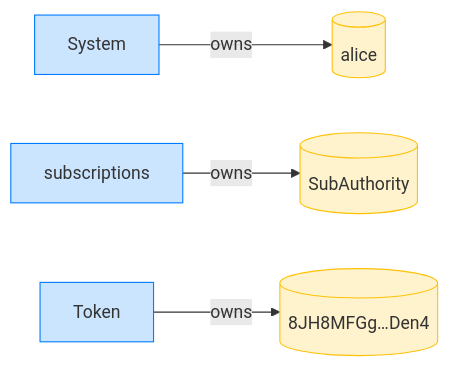
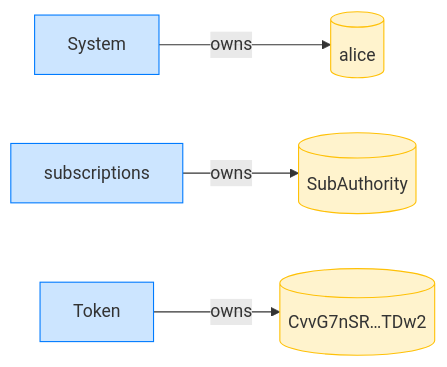
One commit to cds-rs/subscriptions changed the fourth of 4 diagrams in dsl_tests/create-fixed-delegation--writable-accounts-must-be-writable.md. Above: the diagram before and after it, drawn with Mermaid. The commit also changed other lines of this file and 224 other files, not shown here.

````diff
--- a/dsl_tests/create-fixed-delegation--writable-accounts-must-be-writable.md
+++ b/dsl_tests/create-fixed-delegation--writable-accounts-must-be-writable.md
@@ -71,14 +76,14 @@
 ```mermaid
 flowchart LR
     classDef owner fill:#cce5ff,stroke:#007bff;
     classDef account fill:#fff3cd,stroke:#ffc107;
     System[System]:::owner
     alice[(alice)]:::account
     subscriptions[subscriptions]:::owner
     SubAuthority[(SubAuthority)]:::account
     Token[Token]:::owner
-    8JH8MFGg_Den4[("8JH8MFGg…Den4")]:::account
+    CvvG7nSR_TDw2[("CvvG7nSR…TDw2")]:::account
     System -->|owns| alice
     subscriptions -->|owns| SubAuthority
-    Token -->|owns| 8JH8MFGg_Den4
+    Token -->|owns| CvvG7nSR_TDw2
 ```
````
